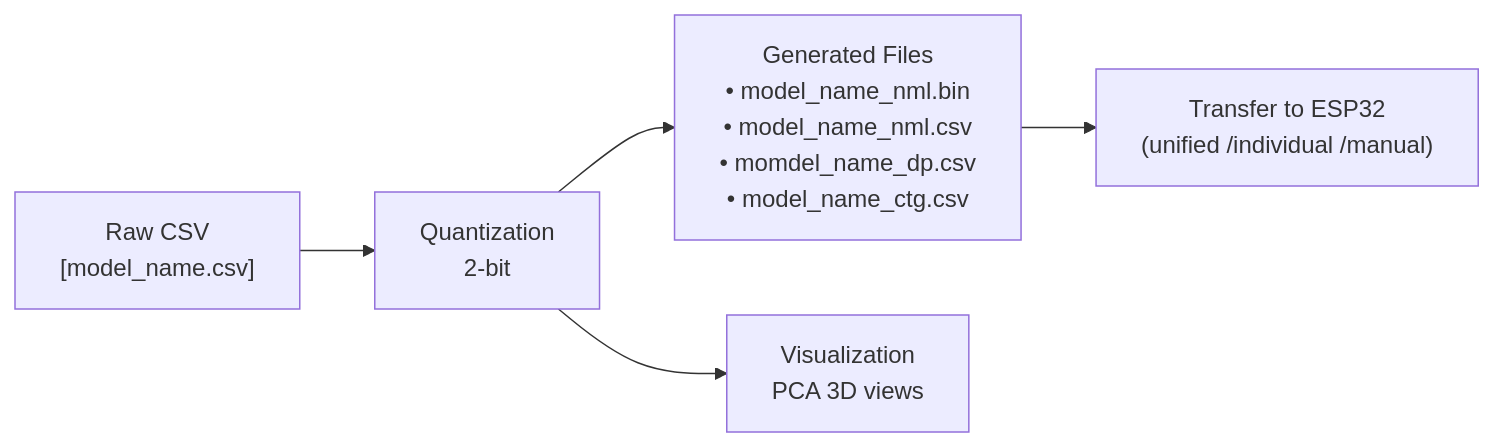
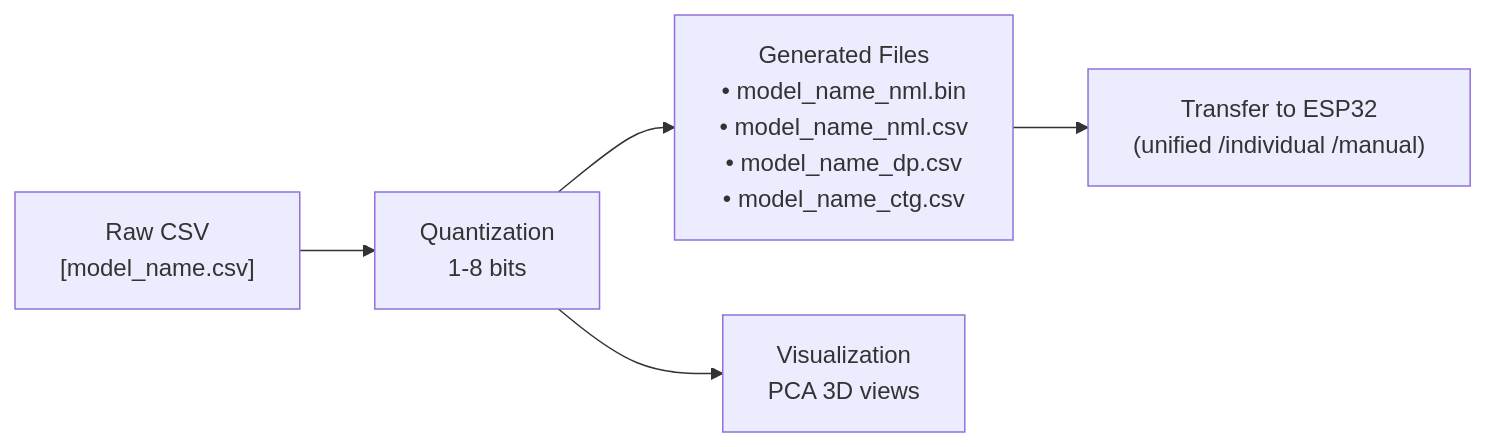
One commit to viettran-edgeAI/MCU changed the first of 2 diagrams in tools/data_processing/README.md. Above: the diagram before and after it, drawn with Mermaid. The commit also changed other lines of this file and 9 other files, not shown here.

Commit message:
BIG UPDATE: allows quantization from 1-8 bits instead of fixed 2 bits

````diff
--- a/tools/data_processing/README.md
+++ b/tools/data_processing/README.md
@@ -15,7 +15,7 @@
 ```mermaid
 flowchart LR
-  A["Raw CSV<br/>[model_name.csv]"] --> B["Quantization<br/>2-bit"]
-  B --> C["Generated Files<br/>• model_name_nml.bin <br/>• model_name_nml.csv <br/>• momdel_name_dp.csv <br/>• model_name_ctg.csv"]
+  A["Raw CSV<br/>[model_name.csv]"] --> B["Quantization<br/>1-8 bits"]
+  B --> C["Generated Files<br/>• model_name_nml.bin <br/>• model_name_nml.csv <br/>• model_name_dp.csv <br/>• model_name_ctg.csv"]
   B --> D["Visualization<br/>PCA 3D views"]
   C --> E["Transfer to ESP32<br/> (unified /individual /manual)"]
 ```
````
